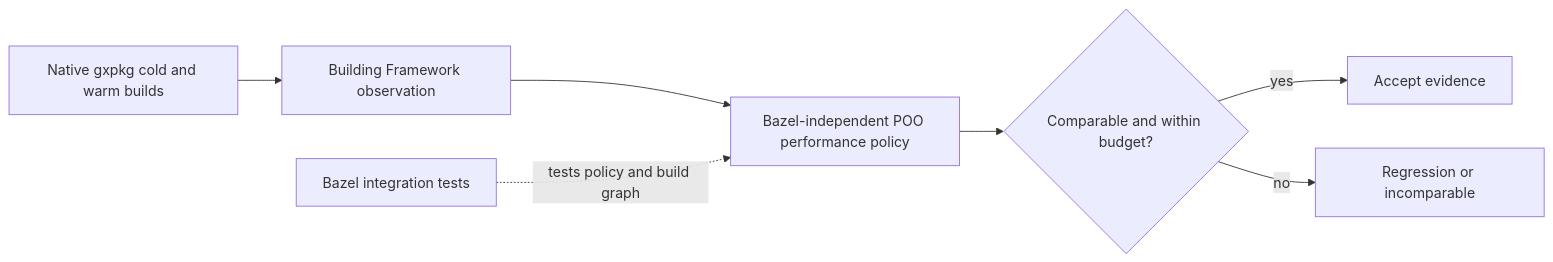
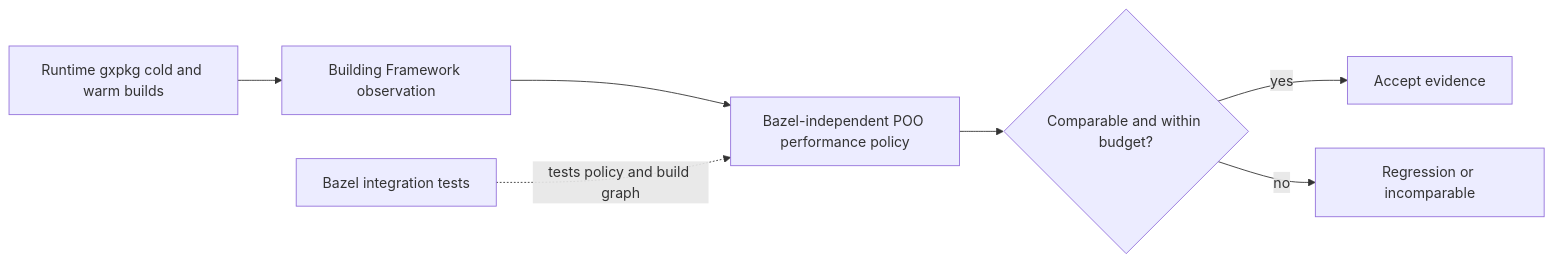
The first of 20 diagrams in module-system/design/156-gerbil-bazel-pr29-downstream-performance-receipt.org (tao3k/gebril-yuanxu), drawn with Mermaid before and after one commit. The commit also changed other lines of this file and 1469 other files, not shown here.

```diff
--- a/module-system/design/156-gerbil-bazel-pr29-downstream-performance-receipt.org
+++ b/module-system/design/156-gerbil-bazel-pr29-downstream-performance-receipt.org
@@ -21,9 +21,9 @@
 #+begin_src mermaid
 flowchart LR
-  Native["Native gxpkg cold and warm builds"] --> Receipt["Building Framework observation"]
+  Runtime["Runtime gxpkg cold and warm builds"] --> Receipt["Building Framework observation"]
   Receipt --> Policy["Bazel-independent POO performance policy"]
   Bazel["Bazel integration tests"] -. "tests policy and build graph" .-> Policy
   Policy --> Decision{"Comparable and within budget?"}
   Decision -->|yes| Accept["Accept evidence"]
   Decision -->|no| Reject["Regression or incomparable"]
 #+end_src
```
